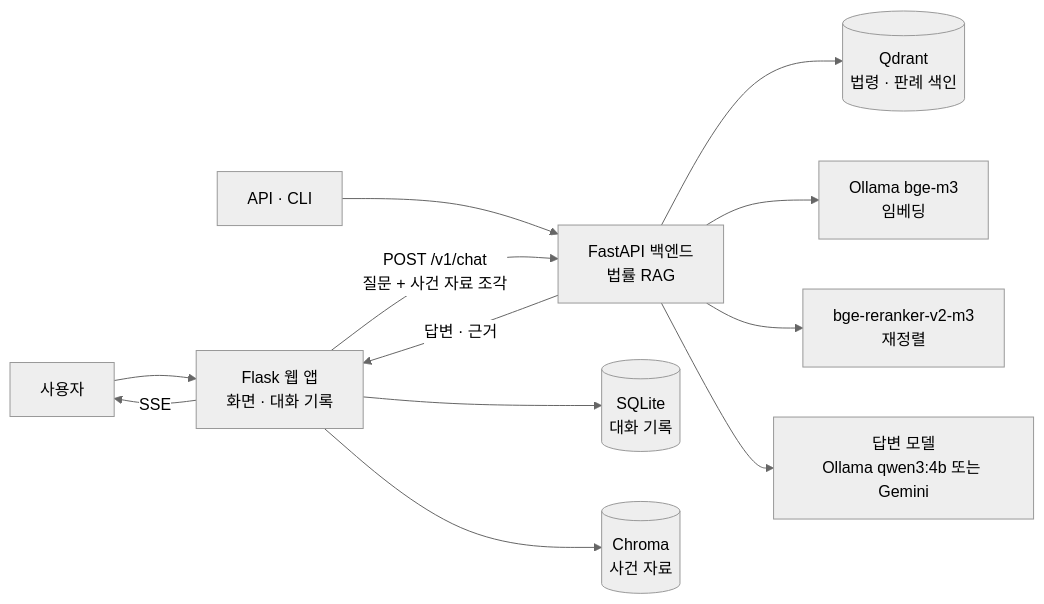
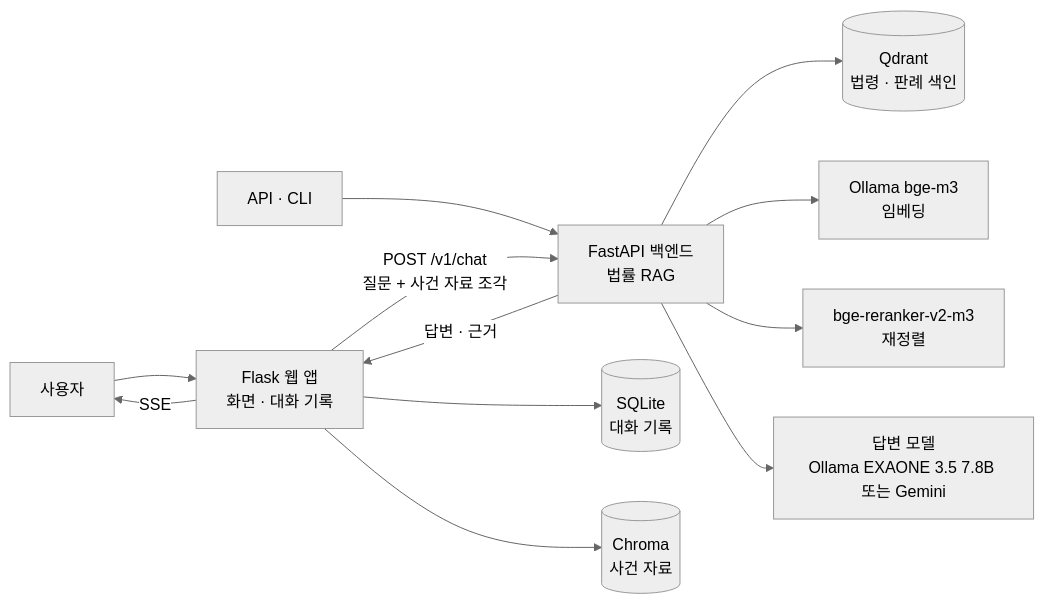
One commit to Fulish0707/LegalAssistant changed the first of 3 diagrams in README.md. Above: the diagram before and after it, drawn with Mermaid (neutral theme). The commit also changed other lines of this file, not shown here.

First line of the commit message:
docs: README names EXAONE 3.5 as the local answer model

```diff
--- a/README.md
+++ b/README.md
@@ -69,16 +69,16 @@
 ~~~mermaid
 flowchart LR
     User["사용자"] --> Web["Flask 웹 앱<br/>화면 · 대화 기록"]
     Caller["API · CLI"] --> API
     Web -->|"POST /v1/chat<br/>질문 + 사건 자료 조각"| API["FastAPI 백엔드<br/>법률 RAG"]
     API -->|"답변 · 근거"| Web
     Web -->|"SSE"| User
 
     API --> Qdrant[("Qdrant<br/>법령 · 판례 색인")]
     API --> Embed["Ollama bge-m3<br/>임베딩"]
     API --> Rerank["bge-reranker-v2-m3<br/>재정렬"]
-    API --> LLM["답변 모델<br/>Ollama qwen3:4b 또는 Gemini"]
+    API --> LLM["답변 모델<br/>Ollama EXAONE 3.5 7.8B 또는 Gemini"]
 
     Web --> SQLite[("SQLite<br/>대화 기록")]
     Web --> Chroma[("Chroma<br/>사건 자료")]
 ~~~
```
